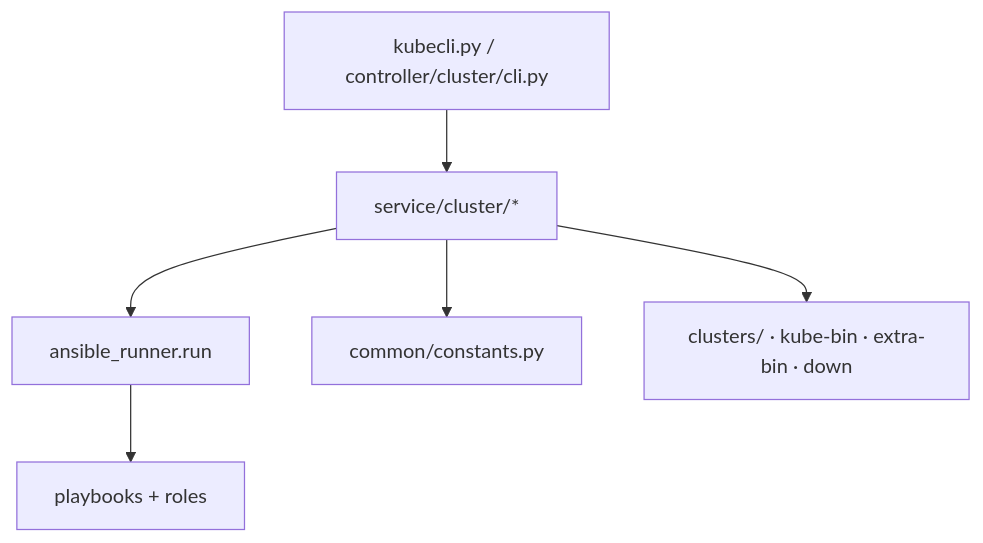
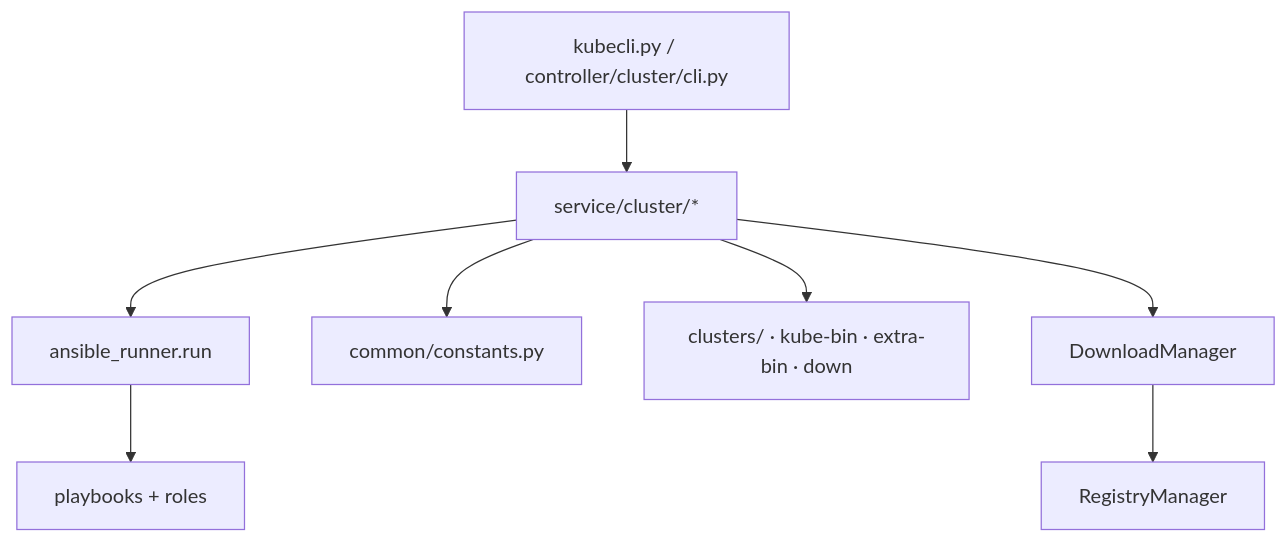
Before and after one commit to brinnatt/kubeauto: the diagram in docs/whitepaper/14-controlplane-software.md, drawn with Mermaid. The commit also changed other lines of this file and 20 other files, not shown here.

````diff
--- a/docs/whitepaper/14-controlplane-software.md
+++ b/docs/whitepaper/14-controlplane-software.md
@@ -5,8 +12,10 @@
 ```mermaid
 flowchart TB
   CLI[kubecli.py / controller/cluster/cli.py] --> SVC[service/cluster/*]
   SVC --> AR[ansible_runner.run]
   AR --> PB[playbooks + roles]
   SVC --> CONST[common/constants.py]
   SVC --> FS[clusters/ · kube-bin · extra-bin · down]
+  DL[DownloadManager] --> REG[RegistryManager]
+  SVC --> DL
 ```
````
